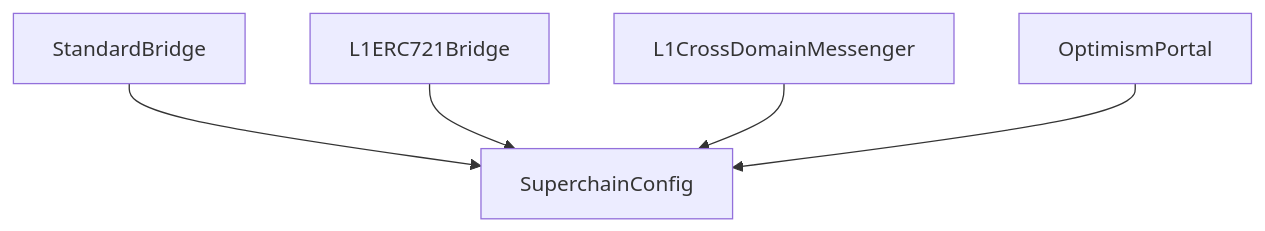
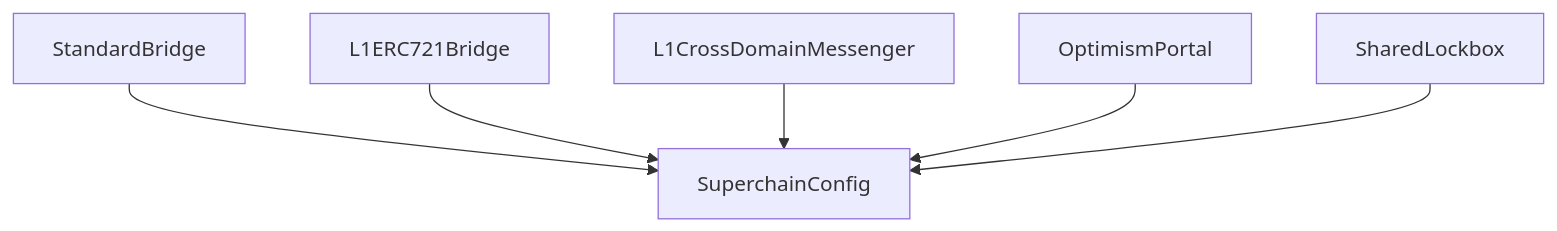
One commit to ethereum-optimism/specs changed the diagram in specs/protocol/superchain-configuration.md. Above: the diagram before and after it, drawn with Mermaid. The commit also changed other lines of this file and 4 other files, not shown here.

First line of the commit message:
feat: add shared lockbox invariants (#15)

````diff
--- a/specs/protocol/superchain-configuration.md
+++ b/specs/protocol/superchain-configuration.md
@@ -38,7 +46,8 @@
 ```mermaid
 flowchart TD
 StandardBridge --> SuperchainConfig
 L1ERC721Bridge --> SuperchainConfig
 L1CrossDomainMessenger --> SuperchainConfig
 OptimismPortal --> SuperchainConfig
+SharedLockbox --> SuperchainConfig
 ```
````
